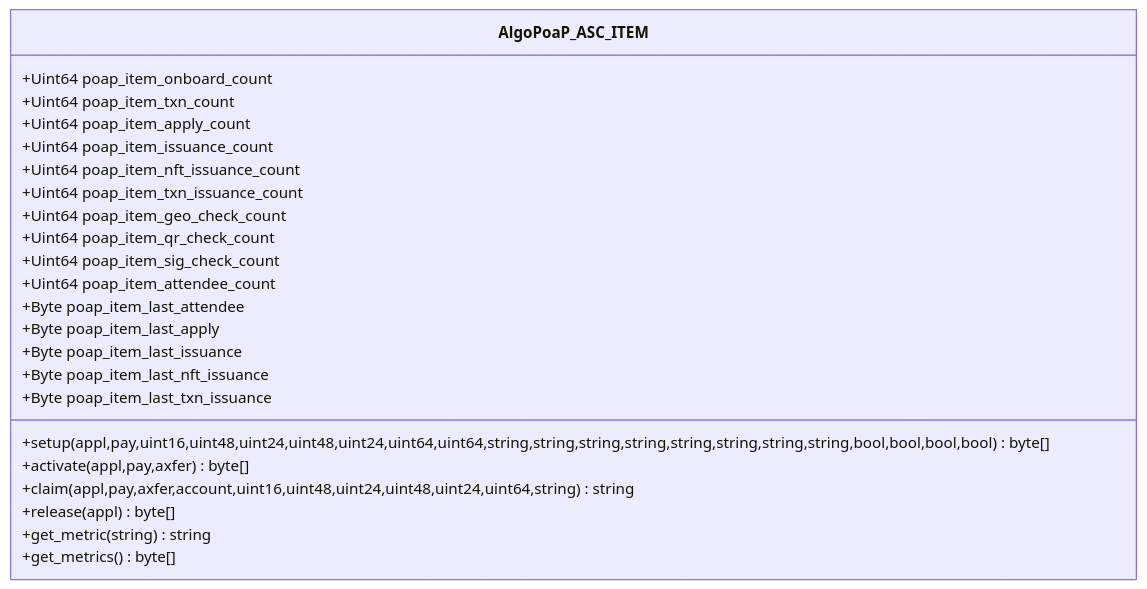
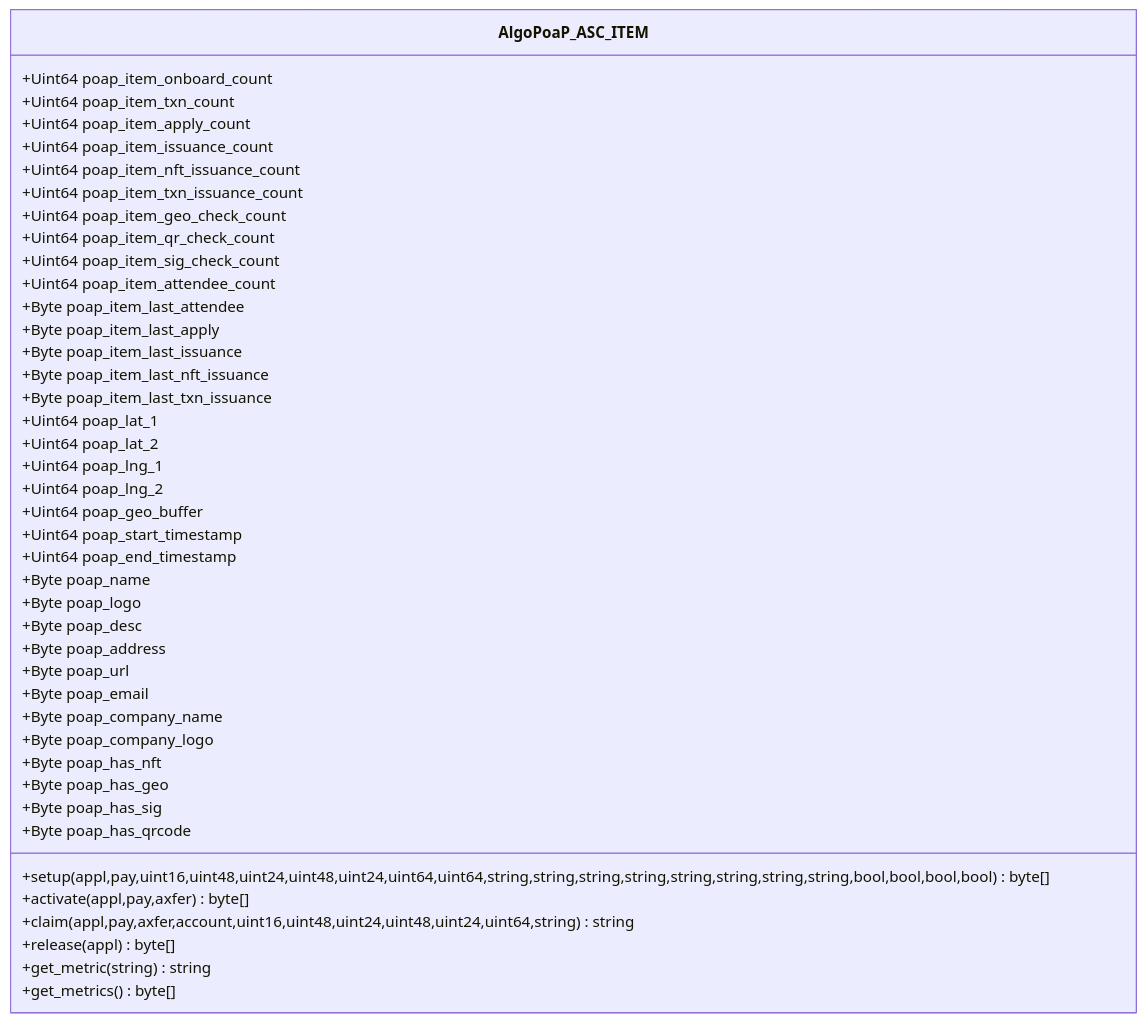
The tenth of 10 diagrams in profile/README.md (GoPlausible/.github), drawn with Mermaid before and after one commit.

````diff
--- a/profile/README.md
+++ b/profile/README.md
@@ -594,30 +594,53 @@
 ```mermaid
   classDiagram
     class AlgoPoaP_ASC_ITEM
     AlgoPoaP_ASC_ITEM : +Uint64 poap_item_onboard_count
     AlgoPoaP_ASC_ITEM : +Uint64 poap_item_txn_count
     AlgoPoaP_ASC_ITEM : +Uint64 poap_item_apply_count
     AlgoPoaP_ASC_ITEM : +Uint64 poap_item_issuance_count
     AlgoPoaP_ASC_ITEM : +Uint64 poap_item_nft_issuance_count
     AlgoPoaP_ASC_ITEM : +Uint64 poap_item_txn_issuance_count
 
     AlgoPoaP_ASC_ITEM : +Uint64 poap_item_geo_check_count
     AlgoPoaP_ASC_ITEM : +Uint64 poap_item_qr_check_count
     AlgoPoaP_ASC_ITEM : +Uint64 poap_item_sig_check_count
 
     AlgoPoaP_ASC_ITEM : +Uint64 poap_item_attendee_count
     AlgoPoaP_ASC_ITEM : +Byte poap_item_last_attendee
     AlgoPoaP_ASC_ITEM : +Byte poap_item_last_apply
     AlgoPoaP_ASC_ITEM : +Byte poap_item_last_issuance
     AlgoPoaP_ASC_ITEM : +Byte poap_item_last_nft_issuance
     AlgoPoaP_ASC_ITEM : +Byte poap_item_last_txn_issuance
+
+
+    AlgoPoaP_ASC_ITEM : +Uint64 poap_lat_1
+    AlgoPoaP_ASC_ITEM : +Uint64 poap_lat_2
+    AlgoPoaP_ASC_ITEM : +Uint64 poap_lng_1
+    AlgoPoaP_ASC_ITEM : +Uint64 poap_lng_2
+    AlgoPoaP_ASC_ITEM : +Uint64 poap_geo_buffer
+    AlgoPoaP_ASC_ITEM : +Uint64 poap_start_timestamp
+    AlgoPoaP_ASC_ITEM : +Uint64 poap_end_timestamp
+    AlgoPoaP_ASC_ITEM : +Byte poap_name
+    AlgoPoaP_ASC_ITEM : +Byte poap_logo
+    AlgoPoaP_ASC_ITEM : +Byte poap_desc
+    AlgoPoaP_ASC_ITEM : +Byte poap_address
+    AlgoPoaP_ASC_ITEM : +Byte poap_url
+    AlgoPoaP_ASC_ITEM : +Byte poap_email
+    AlgoPoaP_ASC_ITEM : +Byte poap_company_name
+    AlgoPoaP_ASC_ITEM : +Byte poap_company_logo
+    AlgoPoaP_ASC_ITEM : +Byte poap_has_nft
+    AlgoPoaP_ASC_ITEM : +Byte poap_has_geo
+    AlgoPoaP_ASC_ITEM : +Byte poap_has_sig
+    AlgoPoaP_ASC_ITEM : +Byte poap_has_qrcode
+
+
     AlgoPoaP_ASC_ITEM : +setup(appl,pay,uint16,uint48,uint24,uint48,uint24,uint64,uint64,string,string,string,string,string,string,string,string,bool,bool,bool,bool)byte[]
     AlgoPoaP_ASC_ITEM : +activate(appl,pay,axfer)byte[]
     AlgoPoaP_ASC_ITEM : +claim(appl,pay,axfer,account,uint16,uint48,uint24,uint48,uint24,uint64,string)string
     AlgoPoaP_ASC_ITEM : +release(appl)byte[]
     AlgoPoaP_ASC_ITEM : +get_metric(string)string
     AlgoPoaP_ASC_ITEM : +get_metrics()byte[]
     
   
     
 ```
````
